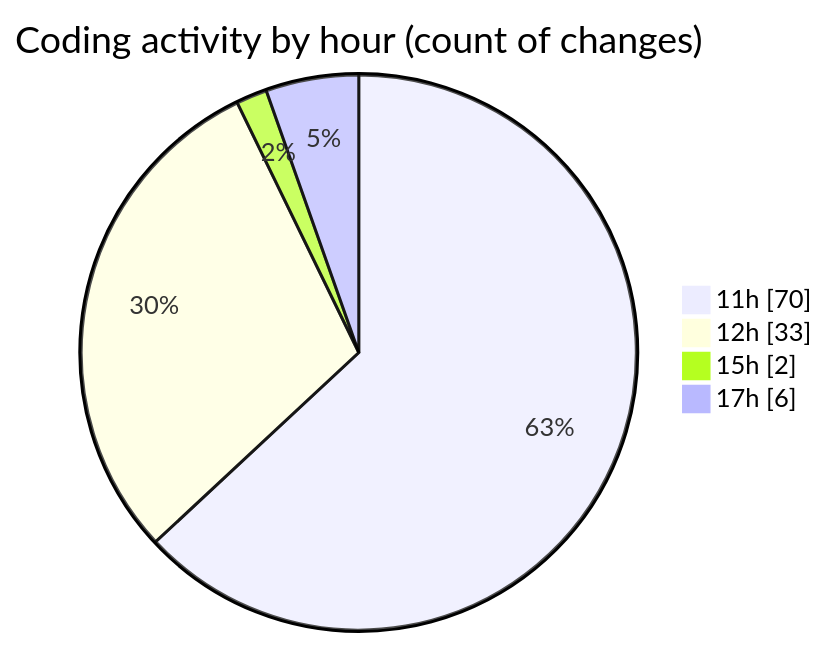
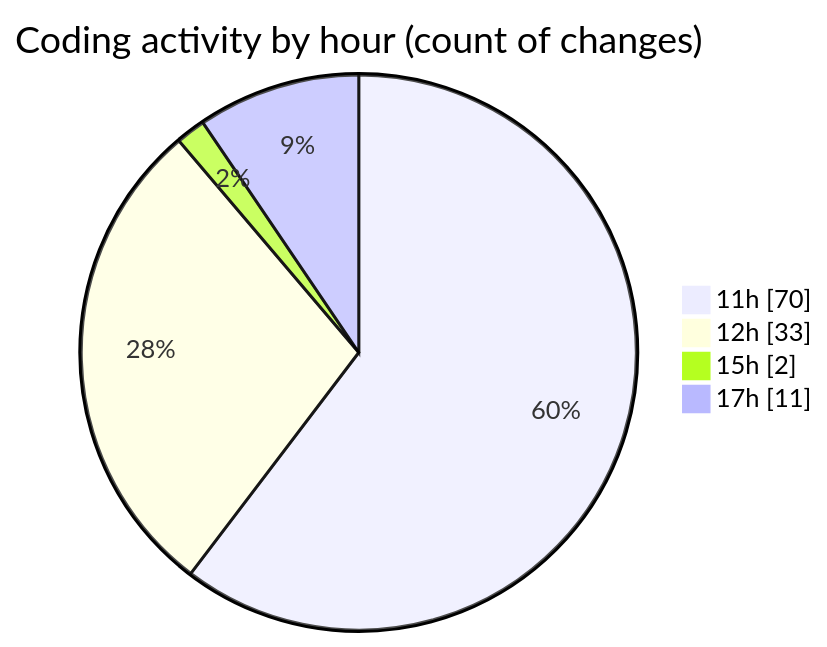
The second of 2 diagrams in 2025-12-24/nxtqube_webapp/README.md (nxtqubesakshisongat/code-tracking), drawn with Mermaid before and after one commit. The commit also changed other lines of this file and 1 other file, not shown here.

````diff
--- a/2025-12-24/nxtqube_webapp/README.md
+++ b/2025-12-24/nxtqube_webapp/README.md
@@ -33,8 +33,8 @@
 ```mermaid
 pie showData
 title Coding activity by hour (count of changes)
 "11h" : 70
 "12h" : 33
 "15h" : 2
-"17h" : 6
+"17h" : 11
 ```
````
